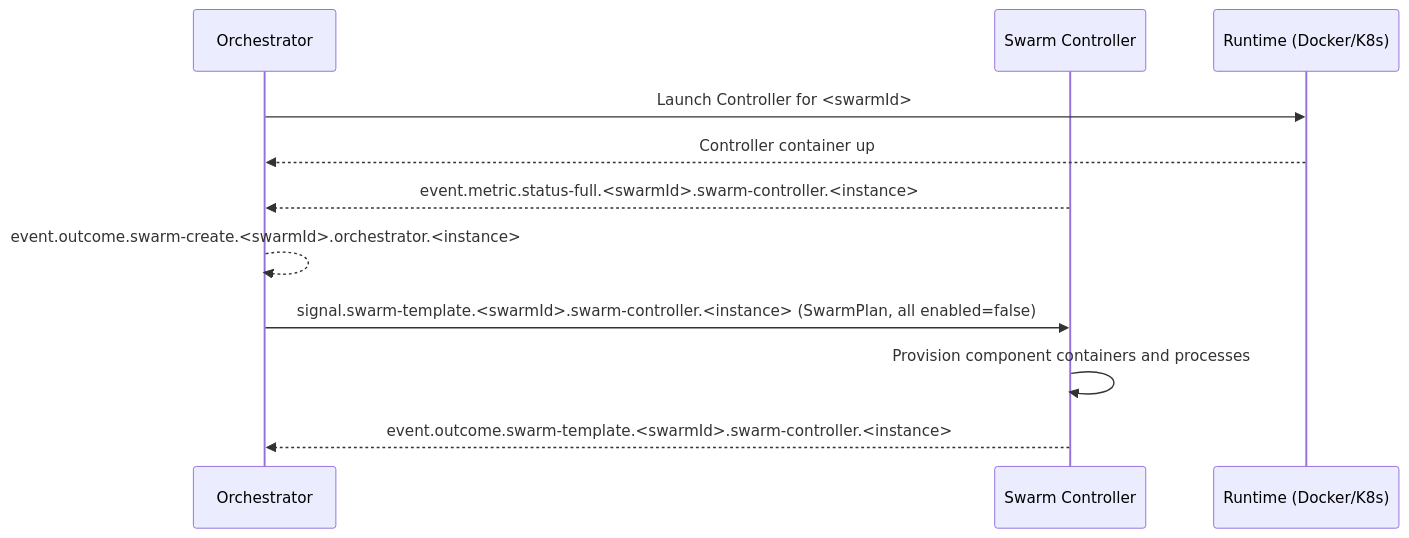
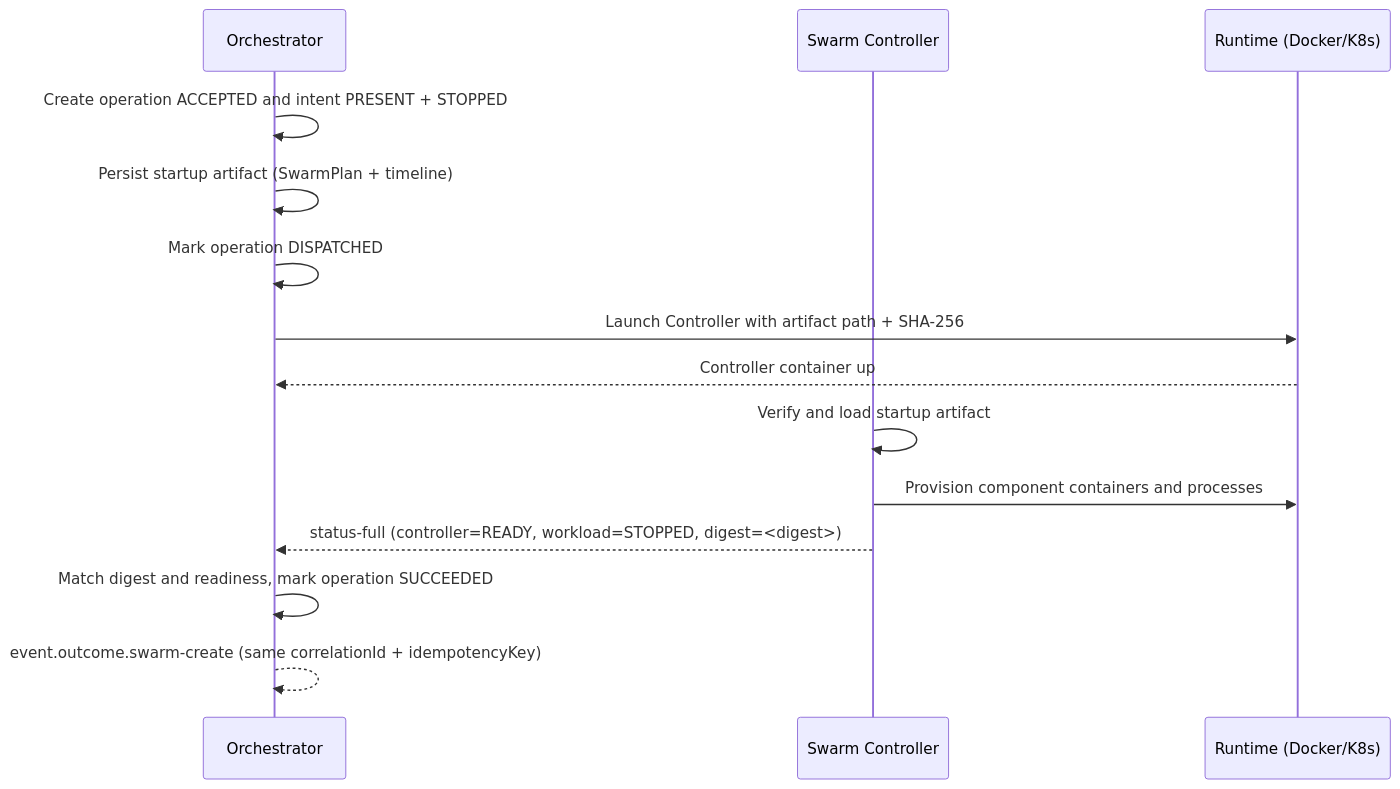
One commit to sepa79/PocketHive changed the first of 6 diagrams in docs/ARCHITECTURE.md. Above: the diagram before and after it, drawn with Mermaid. The commit also changed other lines of this file and 210 other files, not shown here.

````diff
--- a/docs/ARCHITECTURE.md
+++ b/docs/ARCHITECTURE.md
@@ -570,15 +613,17 @@
 ```mermaid
 sequenceDiagram
   participant QN as Orchestrator
   participant MSH as Swarm Controller
   participant RT as Runtime (Docker/K8s)
 
-  QN->>RT: Launch Controller for <swarmId>
+  QN->>QN: Create operation ACCEPTED and intent PRESENT + STOPPED
+  QN->>QN: Persist startup artifact (SwarmPlan + timeline)
+  QN->>QN: Mark operation DISPATCHED
+  QN->>RT: Launch Controller with artifact path + SHA-256
   RT-->>QN: Controller container up
-  MSH-->>QN: event.metric.status-full.<swarmId>.swarm-controller.<instance>
-  QN-->>QN: event.outcome.swarm-create.<swarmId>.orchestrator.<instance>
-
-  QN->>MSH: signal.swarm-template.<swarmId>.swarm-controller.<instance> (SwarmPlan, all enabled=false)
-  MSH->>MSH: Provision component containers and processes
-  MSH-->>QN: event.outcome.swarm-template.<swarmId>.swarm-controller.<instance>
+  MSH->>MSH: Verify and load startup artifact
+  MSH->>RT: Provision component containers and processes
+  MSH-->>QN: status-full (controller=READY, workload=STOPPED, digest=<digest>)
+  QN->>QN: Match digest and readiness, mark operation SUCCEEDED
+  QN-->>QN: event.outcome.swarm-create (same correlationId + idempotencyKey)
 ```
````
